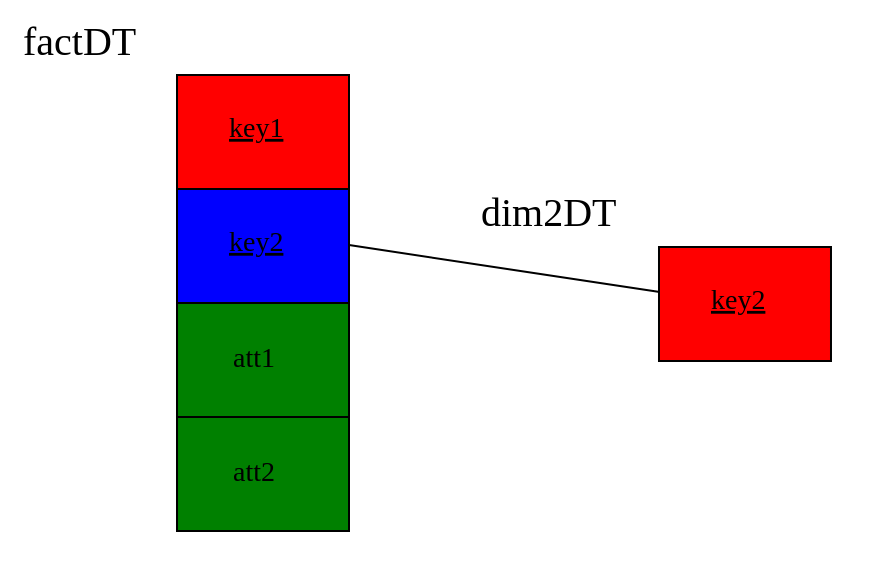
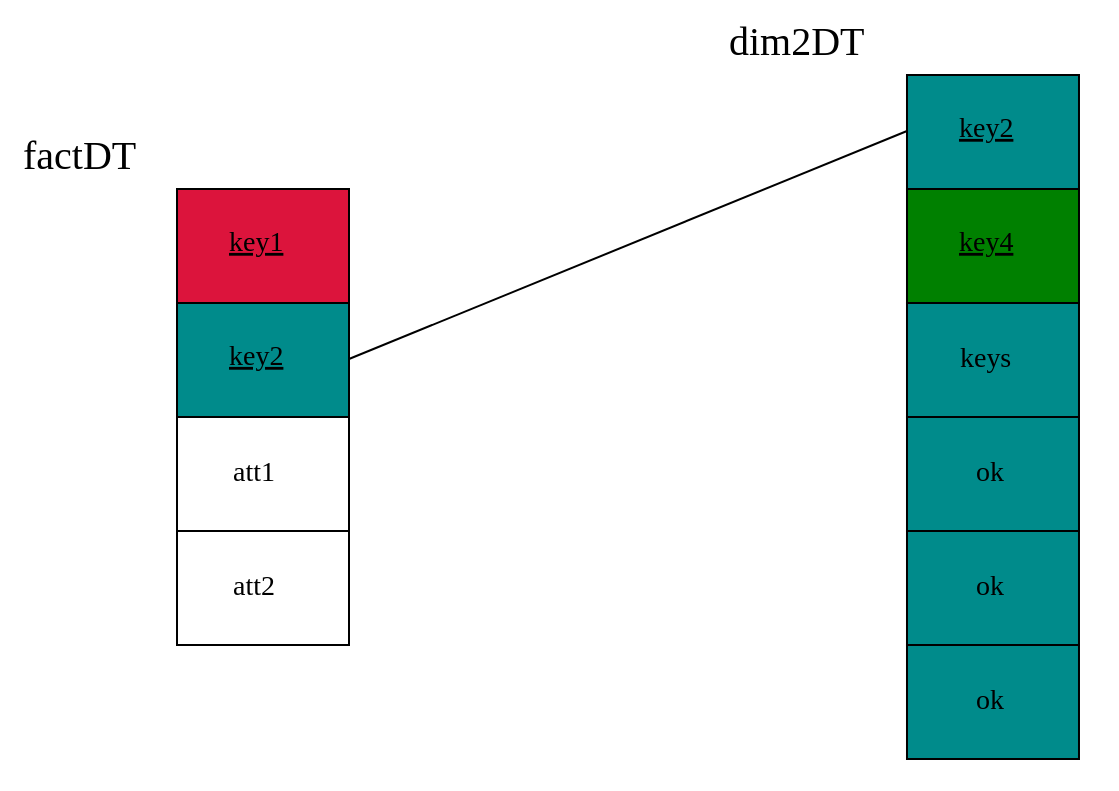
Before and after one commit to leonardogonfiantini/bubbly: the diagram in cmd/gen/dot.dot, drawn with Graphviz. The commit also changed 3 other files, not shown here.

Commit message:
now str diagram will put colors for u

```diff
--- a/cmd/gen/dot.dot
+++ b/cmd/gen/dot.dot
@@ -1,7 +1,7 @@
 digraph G {
 	layout="circo";
 	factDT:key2->dim2DT:key2[ arrowhead=none ];
-	dim2DT [ label=<<table border="0" bgcolor="blue" cellborder="1" cellspacing="0" cellpadding="20"><tr> <td bgcolor="red" port="key2"> <u>key2</u> </td> </tr></table>>, root=true, shape=plaintext, xlabel=<<font point-size="20">dim2DT</font>> ];
-	factDT [ label=<<table border="0" bgcolor="green" cellborder="1" cellspacing="0" cellpadding="20"><tr> <td bgcolor="red" port="key1"> <u>key1</u> </td> </tr><tr> <td bgcolor="blue" port="key2"> <u>key2</u> </td> </tr><tr> <td port="att1">att1</td> </tr><tr> <td port="att2">att2</td> </tr></table>>, root=true, shape=plaintext, xlabel=<<font point-size="20">factDT</font>> ];
+	dim2DT [ label=<<table border="0" bgcolor="darkcyan" cellborder="1" cellspacing="0" cellpadding="20"><tr> <td bgcolor="darkcyan" port="key2"> <u>key2</u> </td> </tr><tr> <td bgcolor="green" port="key4"> <u>key4</u> </td> </tr><tr> <td port="keys">keys</td> </tr><tr> <td port="ok">ok</td> </tr><tr> <td port="ok">ok</td> </tr><tr> <td port="ok">ok</td> </tr></table>>, root=true, shape=plaintext, xlabel=<<font point-size="20">dim2DT</font>> ];
+	factDT [ label=<<table border="0" bgcolor="white" cellborder="1" cellspacing="0" cellpadding="20"><tr> <td bgcolor="crimson" port="key1"> <u>key1</u> </td> </tr><tr> <td bgcolor="darkcyan" port="key2"> <u>key2</u> </td> </tr><tr> <td port="att1">att1</td> </tr><tr> <td port="att2">att2</td> </tr></table>>, root=true, shape=plaintext, xlabel=<<font point-size="20">factDT</font>> ];
 
 }
```
